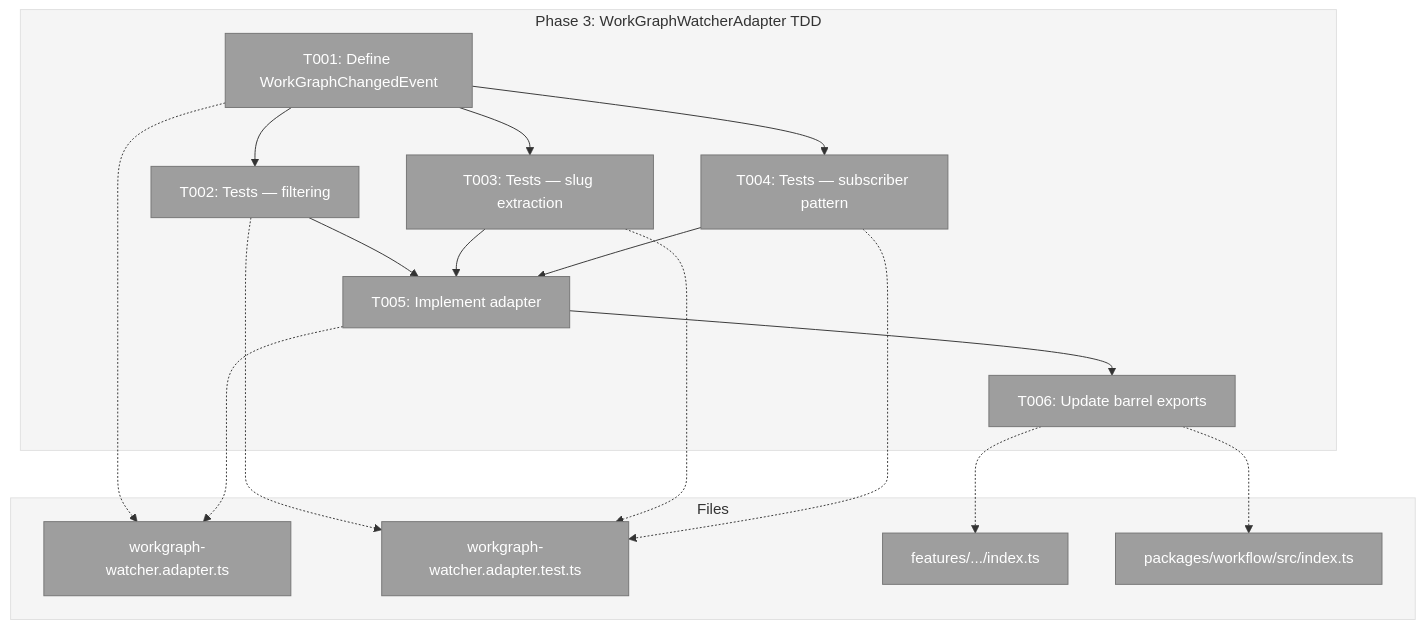
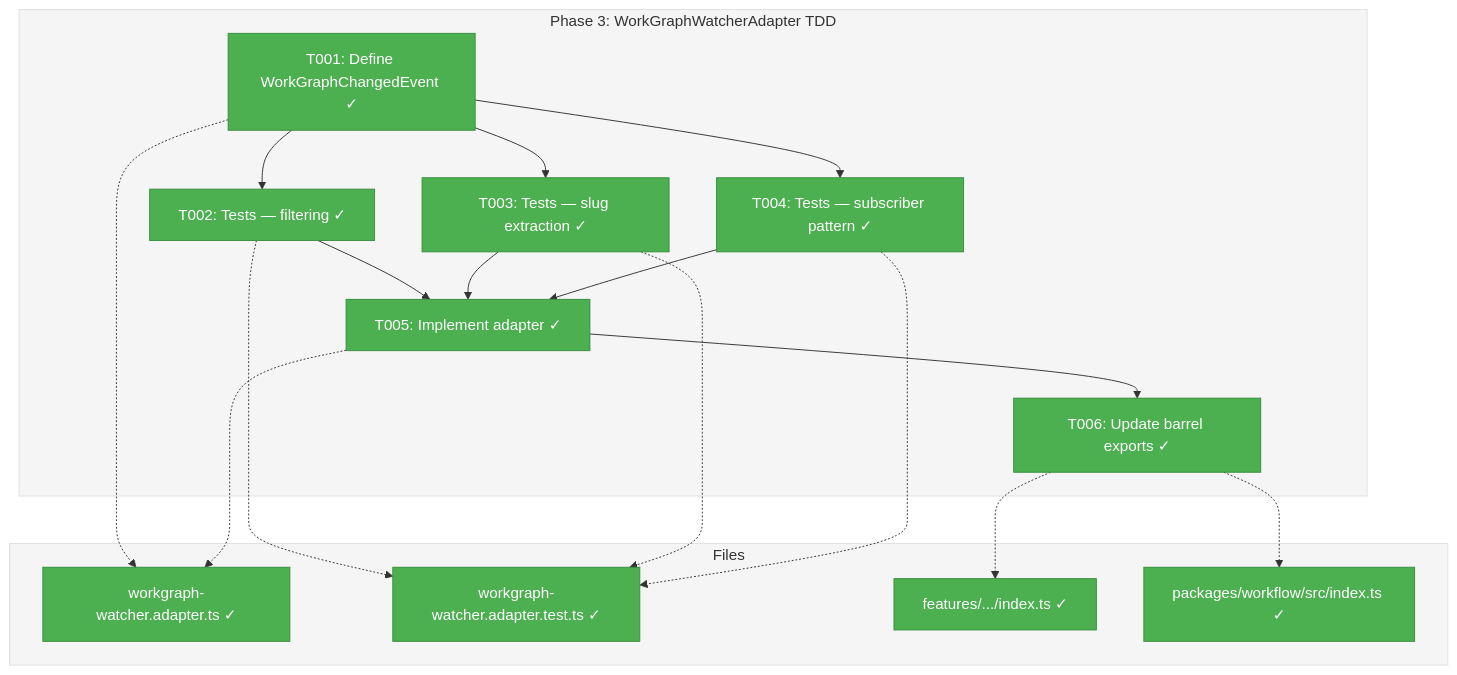
One commit to AI-Substrate/chainglass changed the first of 3 diagrams in docs/plans/023-central-watcher-notifications/tasks/phase-3-workgraphwatcheradapter-tdd/tasks.md. Above: the diagram before and after it, drawn with Mermaid. The commit also changed other lines of this file and 8 other files, not shown here.

First line of the commit message:
feat(workflow): WorkGraphWatcherAdapter with full TDD (Plan 023 Phase 3)

````diff
--- a/docs/plans/023-central-watcher-notifications/tasks/phase-3-workgraphwatcheradapter-tdd/tasks.md
+++ b/docs/plans/023-central-watcher-notifications/tasks/phase-3-workgraphwatcheradapter-tdd/tasks.md
@@ -122,42 +122,42 @@
 ```mermaid
 flowchart TD
     classDef pending fill:#9E9E9E,stroke:#757575,color:#fff
     classDef inprogress fill:#FF9800,stroke:#F57C00,color:#fff
     classDef completed fill:#4CAF50,stroke:#388E3C,color:#fff
     classDef blocked fill:#F44336,stroke:#D32F2F,color:#fff
 
     style Phase fill:#F5F5F5,stroke:#E0E0E0
     style Files fill:#F5F5F5,stroke:#E0E0E0
 
     subgraph Phase["Phase 3: WorkGraphWatcherAdapter TDD"]
-        T001["T001: Define WorkGraphChangedEvent"]:::pending
-        T002["T002: Tests — filtering"]:::pending
-        T003["T003: Tests — slug extraction"]:::pending
-        T004["T004: Tests — subscriber pattern"]:::pending
-        T005["T005: Implement adapter"]:::pending
-        T006["T006: Update barrel exports"]:::pending
+        T001["T001: Define WorkGraphChangedEvent ✓"]:::completed
+        T002["T002: Tests — filtering ✓"]:::completed
+        T003["T003: Tests — slug extraction ✓"]:::completed
+        T004["T004: Tests — subscriber pattern ✓"]:::completed
+        T005["T005: Implement adapter ✓"]:::completed
+        T006["T006: Update barrel exports ✓"]:::completed
 
         T001 --> T002
         T001 --> T003
         T001 --> T004
         T002 --> T005
         T003 --> T005
         T004 --> T005
         T005 --> T006
     end
 
     subgraph Files["Files"]
-        F1["workgraph-watcher.adapter.ts"]:::pending
-        F2["workgraph-watcher.adapter.test.ts"]:::pending
-        F3["features/.../index.ts"]:::pending
-        F4["packages/workflow/src/index.ts"]:::pending
+        F1["workgraph-watcher.adapter.ts ✓"]:::completed
+        F2["workgraph-watcher.adapter.test.ts ✓"]:::completed
+        F3["features/.../index.ts ✓"]:::completed
+        F4["packages/workflow/src/index.ts ✓"]:::completed
     end
 
     T001 -.-> F1
     T002 -.-> F2
     T003 -.-> F2
     T004 -.-> F2
     T005 -.-> F1
     T006 -.-> F3
     T006 -.-> F4
 ```
````
